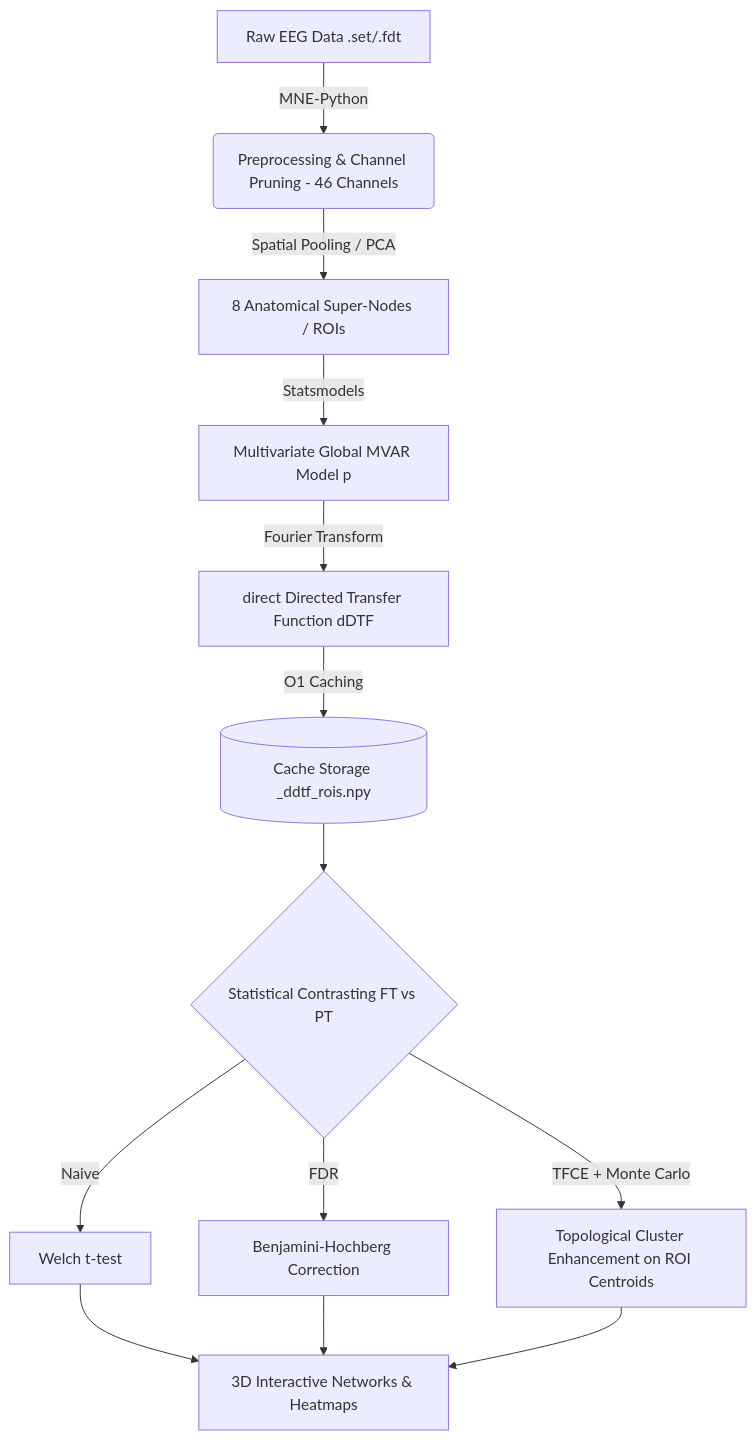
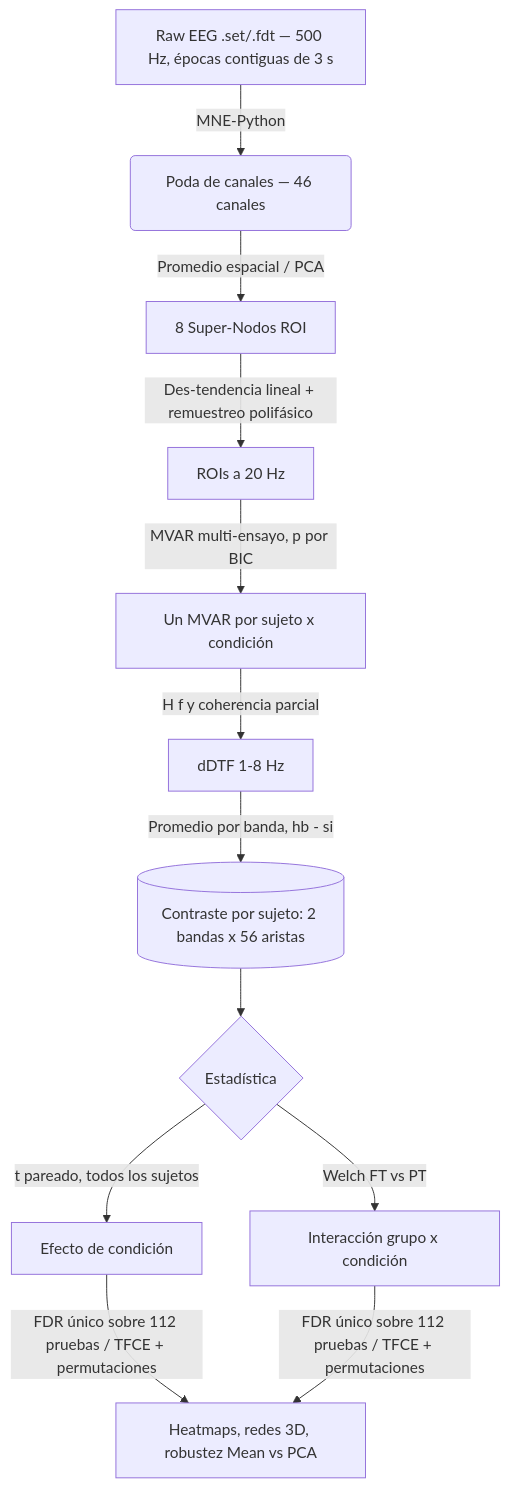
The diagram in README.md (MauroMigli/IPRE-2026-1), drawn with Mermaid before and after one commit. The commit also changed other lines of this file and 82 other files, not shown here.

First line of the commit message:
Rehacer pipeline: MVAR multi-ensayo a 20 Hz, solo Delta/Theta, sin eje de épocas

````diff
--- a/README.md
+++ b/README.md
@@ -13,13 +13,13 @@
 ```mermaid
 graph TD
-    A[Raw EEG Data .set/.fdt] -->|MNE-Python| B(Preprocessing & Channel Pruning - 46 Channels)
-    B -->|Spatial Pooling / PCA| C[8 Anatomical Super-Nodes / ROIs]
-    C -->|Statsmodels| D[Multivariate Global MVAR Model p]
-    D -->|Fourier Transform| E[direct Directed Transfer Function dDTF]
-    E -->|O1 Caching| F[(Cache Storage _ddtf_rois.npy)]
-    F --> G{Statistical Contrasting FT vs PT}
-    G -->|Naive| H[Welch t-test]
-    G -->|FDR| I[Benjamini-Hochberg Correction]
-    G -->|TFCE + Monte Carlo| J[Topological Cluster Enhancement on ROI Centroids]
-    H & I & J --> K[3D Interactive Networks & Heatmaps]
+    A[Raw EEG .set/.fdt — 500 Hz, épocas contiguas de 3 s] -->|MNE-Python| B(Poda de canales — 46 canales)
+    B -->|Promedio espacial / PCA| C[8 Super-Nodos ROI]
+    C -->|Des-tendencia lineal + remuestreo polifásico| D[ROIs a 20 Hz]
+    D -->|MVAR multi-ensayo, p por BIC| E[Un MVAR por sujeto x condición]
+    E -->|H f y coherencia parcial| F[dDTF 1-8 Hz]
+    F -->|Promedio por banda, hb - si| G[(Contraste por sujeto: 2 bandas x 56 aristas)]
+    G --> H{Estadística}
+    H -->|t pareado, todos los sujetos| I[Efecto de condición]
+    H -->|Welch FT vs PT| J[Interacción grupo x condición]
+    I & J -->|FDR único sobre 112 pruebas / TFCE + permutaciones| K[Heatmaps, redes 3D, robustez Mean vs PCA]
 ```
````
